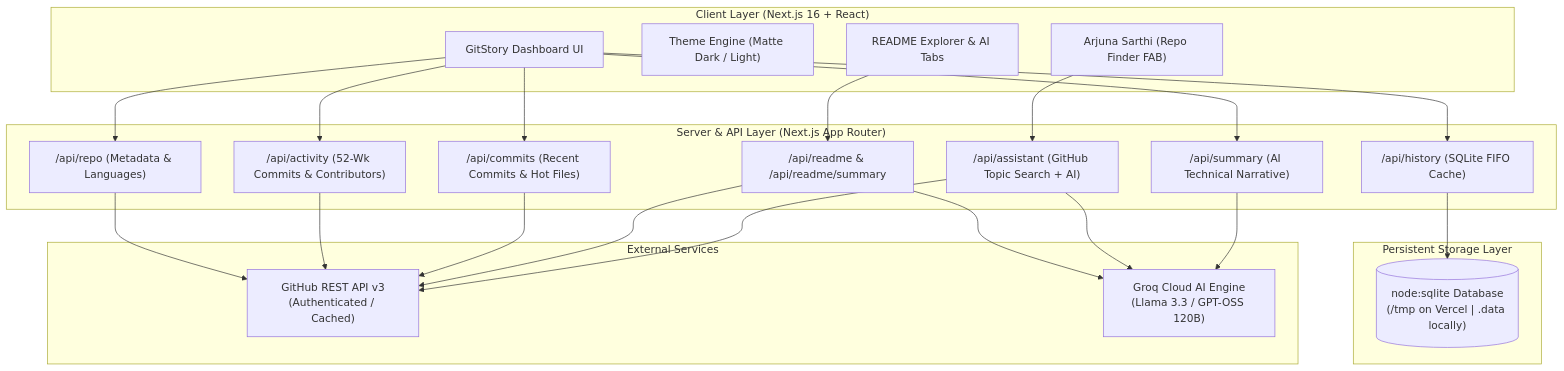
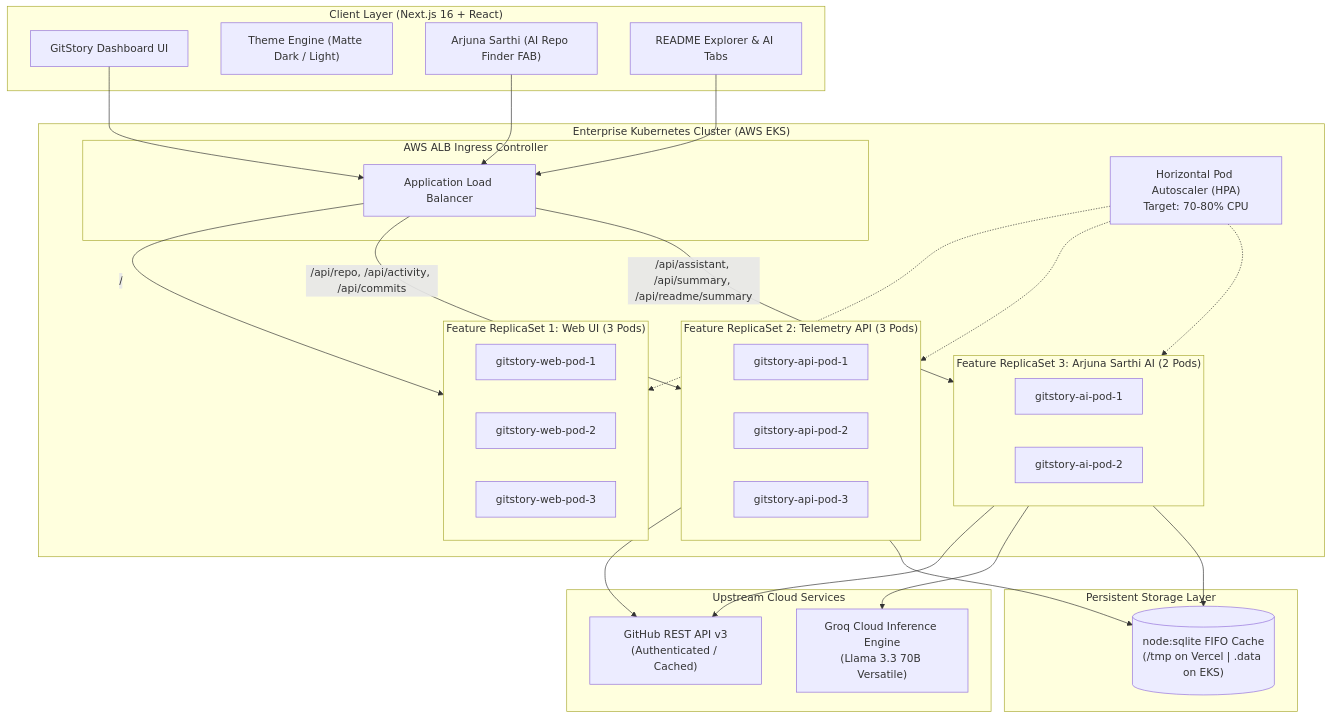
One commit to Darshan1814/Arjuna_1 changed the diagram in README.md. Above: the diagram before and after it, drawn with Mermaid. The commit also changed other lines of this file, not shown here.

````diff
--- a/README.md
+++ b/README.md
@@ -61,41 +93,60 @@
 ```mermaid
 flowchart TD
     subgraph Client ["Client Layer (Next.js 16 + React)"]
         UI["GitStory Dashboard UI"]
         Theme["Theme Engine (Matte Dark / Light)"]
-        AS["Arjuna Sarthi (Repo Finder FAB)"]
+        AS["Arjuna Sarthi (AI Repo Finder FAB)"]
         RM["README Explorer & AI Tabs"]
     end
 
-    subgraph Server ["Server & API Layer (Next.js App Router)"]
-        R_Repo["/api/repo (Metadata & Languages)"]
-        R_Act["/api/activity (52-Wk Commits & Contributors)"]
-        R_Com["/api/commits (Recent Commits & Hot Files)"]
-        R_Sum["/api/summary (AI Technical Narrative)"]
-        R_Readme["/api/readme & /api/readme/summary"]
-        R_Asst["/api/assistant (GitHub Topic Search + AI)"]
-        R_Hist["/api/history (SQLite FIFO Cache)"]
+    subgraph AWS_EKS ["Enterprise Kubernetes Cluster (AWS EKS)"]
+        subgraph Ingress ["AWS ALB Ingress Controller"]
+            ALB["Application Load Balancer"]
+        end
+
+        subgraph ReplicaSet_Web ["Feature ReplicaSet 1: Web UI (3 Pods)"]
+            W1["gitstory-web-pod-1"]
+            W2["gitstory-web-pod-2"]
+            W3["gitstory-web-pod-3"]
+        end
+
+        subgraph ReplicaSet_API ["Feature ReplicaSet 2: Telemetry API (3 Pods)"]
+            A1["gitstory-api-pod-1"]
+            A2["gitstory-api-pod-2"]
+            A3["gitstory-api-pod-3"]
+        end
+
+        subgraph ReplicaSet_AI ["Feature ReplicaSet 3: Arjuna Sarthi AI (2 Pods)"]
+            AI1["gitstory-ai-pod-1"]
+            AI2["gitstory-ai-pod-2"]
+        end
+
+        HPA["Horizontal Pod Autoscaler (HPA)\nTarget: 70-80% CPU"]
     end
 
     subgraph Storage ["Persistent Storage Layer"]
-        DB[("node:sqlite Database\n(/tmp on Vercel | .data locally)")]
+        DB[("node:sqlite FIFO Cache\n(/tmp on Vercel | .data on EKS)")]
     end
 
-    subgraph External ["External Services"]
+    subgraph External ["Upstream Cloud Services"]
         GH["GitHub REST API v3\n(Authenticated / Cached)"]
-        Groq["Groq Cloud AI Engine\n(Llama 3.3 / GPT-OSS 120B)"]
+        Groq["Groq Cloud Inference Engine\n(Llama 3.3 70B Versatile)"]
     end
 
-    UI --> R_Repo & R_Act & R_Com & R_Hist
-    AS --> R_Asst
-    RM --> R_Readme
-    UI --> R_Sum
+    UI --> ALB
+    AS --> ALB
+    RM --> ALB
 
-    R_Repo --> GH
-    R_Act --> GH
-    R_Com --> GH
-    R_Readme --> GH & Groq
-    R_Asst --> GH & Groq
-    R_Sum --> Groq
-    R_Hist --> DB
+    ALB -->|/ | ReplicaSet_Web
+    ALB -->|/api/repo, /api/activity, /api/commits| ReplicaSet_API
+    ALB -->|/api/assistant, /api/summary, /api/readme/summary| ReplicaSet_AI
+
+    ReplicaSet_API --> GH
+    ReplicaSet_API --> DB
+    ReplicaSet_AI --> GH & Groq
+    ReplicaSet_AI --> DB
+
+    HPA -.-> ReplicaSet_Web
+    HPA -.-> ReplicaSet_API
+    HPA -.-> ReplicaSet_AI
 ```
````
